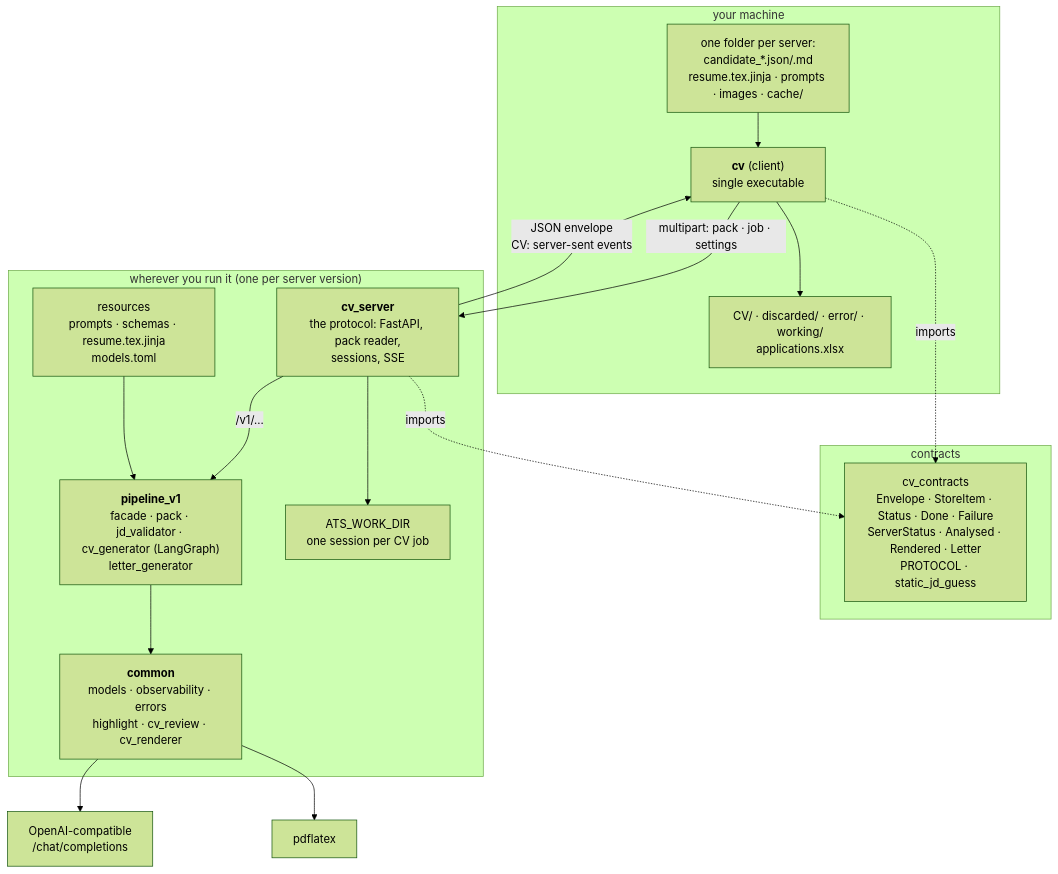
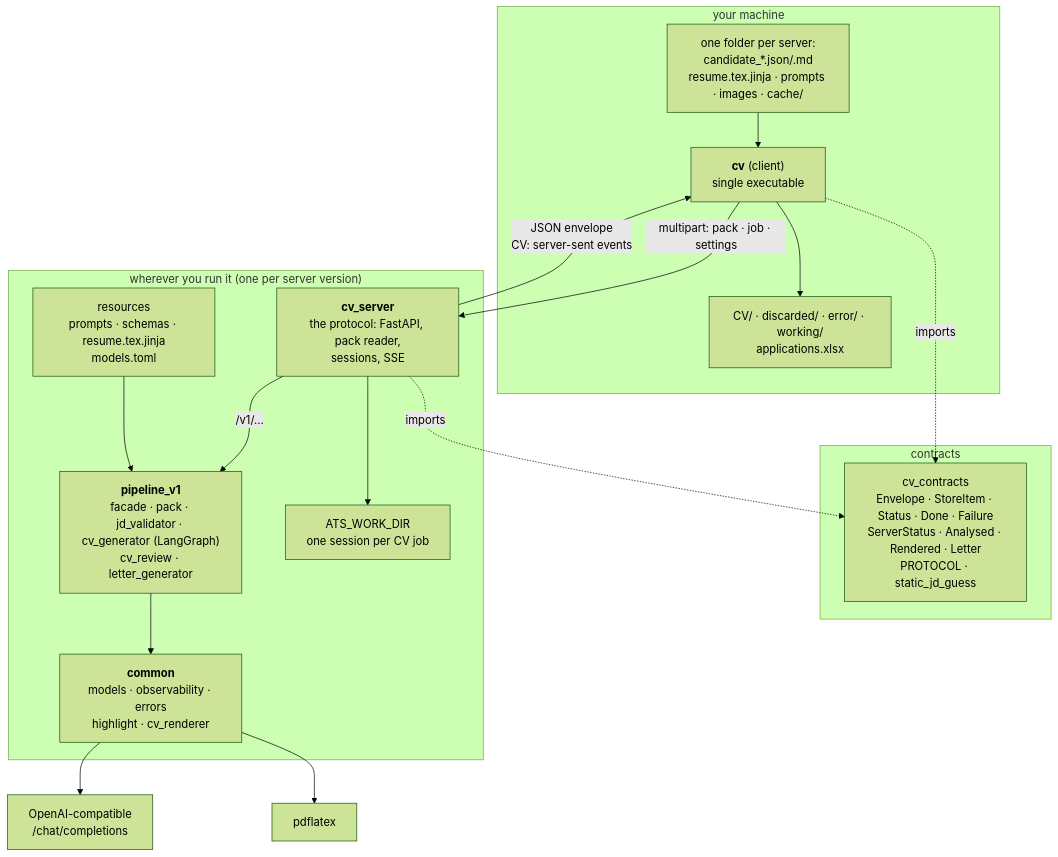
The first of 2 diagrams in doc/architecture.md (gcontini/ats-strike), drawn with Mermaid (forest theme) before and after one commit. The commit also changed other lines of this file and 17 other files, not shown here.

````diff
--- a/doc/architecture.md
+++ b/doc/architecture.md
@@ -5,36 +5,36 @@
 ```mermaid
 flowchart TB
     subgraph your["your machine"]
         CLI["<b>cv</b> (client)<br/>single executable"]
         FILES["one folder per server:<br/>candidate_*.json/.md<br/>resume.tex.jinja · prompts · images · cache/"]
         OUT["CV/ · discarded/ · error/ · working/<br/>applications.xlsx"]
         FILES --> CLI
         CLI --> OUT
     end
 
     subgraph wire["contracts"]
         CT["cv_contracts<br/>Envelope · StoreItem · Status · Done · Failure<br/>ServerStatus · Analysed · Rendered · Letter<br/>PROTOCOL · static_jd_guess"]
     end
 
     subgraph host["wherever you run it (one per server version)"]
         API["<b>cv_server</b><br/>the protocol: FastAPI, pack reader,<br/>sessions, SSE"]
-        PIPE["<b>pipeline_v1</b><br/>facade · pack · jd_validator · cv_generator (LangGraph)<br/>letter_generator"]
-        COMMON["<b>common</b><br/>models · observability · errors<br/>highlight · cv_review · cv_renderer"]
+        PIPE["<b>pipeline_v1</b><br/>facade · pack · jd_validator · cv_generator (LangGraph)<br/>cv_review · letter_generator"]
+        COMMON["<b>common</b><br/>models · observability · errors<br/>highlight · cv_renderer"]
         RES["resources<br/>prompts · schemas · resume.tex.jinja<br/>models.toml"]
         STORE["ATS_WORK_DIR<br/>one session per CV job"]
         API -->|"/v1/..."| PIPE
         PIPE --> COMMON
         RES --> PIPE
         API --> STORE
     end
 
     PROV["OpenAI-compatible<br/>/chat/completions"]
     TEX["pdflatex"]
 
     CLI -->|"multipart: pack · job · settings"| API
     API -->|"JSON envelope<br/>CV: server-sent events"| CLI
     CLI -.imports.-> CT
     API -.imports.-> CT
     COMMON --> PROV
     COMMON --> TEX
 ```
````
